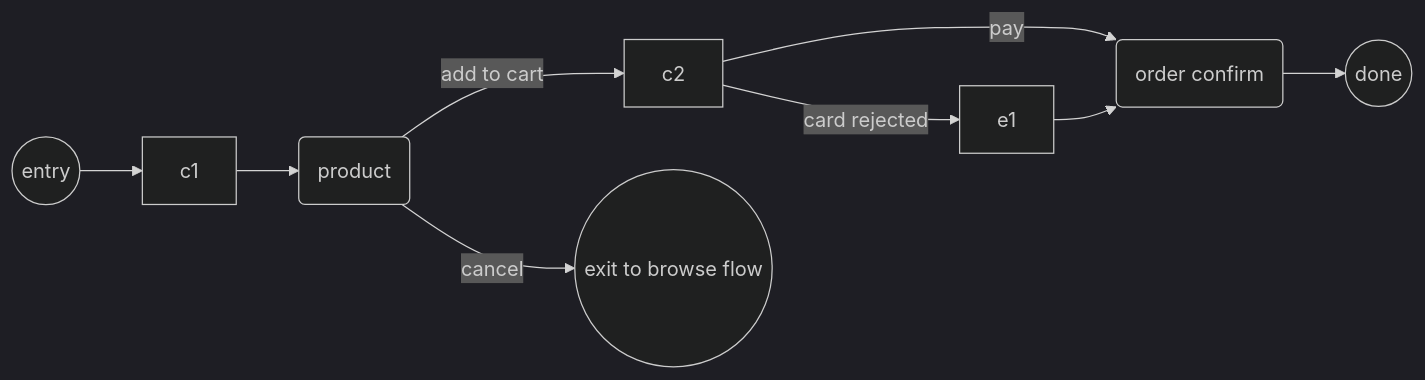
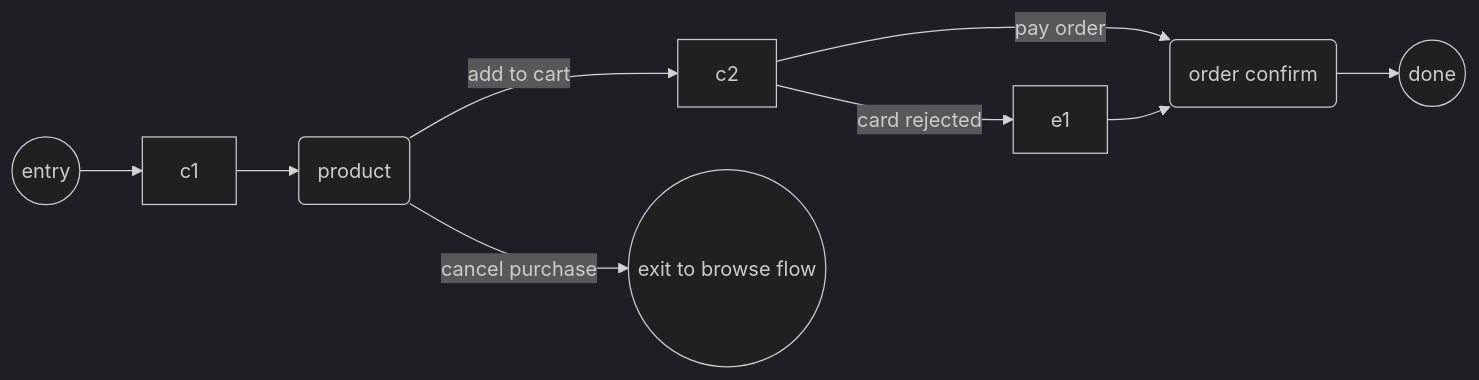
The diagram in skills/product/app-flow/references/flow-model.md (adeonir/agent-skills), drawn with Mermaid (dark theme) before and after one commit. The commit also changed other lines of this file and 6 other files, not shown here.

Commit message:
feat(app-flow): tighten the wireflow notation and refine flows from review comments

````diff
--- a/skills/product/app-flow/references/flow-model.md
+++ b/skills/product/app-flow/references/flow-model.md
@@ -35,6 +35,6 @@
 ```mermaid
 flowchart LR
-    p((entry)) --> c1 --> a1(product) -->|add to cart| c2 -->|pay| a2(order confirm) --> DONE((done))
-    a1 -->|cancel| c0((exit to browse flow))
+    p((entry)) --> c1 --> a1(product) -->|add to cart| c2 -->|pay order| a2(order confirm) --> DONE((done))
+    a1 -->|cancel purchase| c0((exit to browse flow))
     c2 -->|card rejected| e1 --> a2
 ```
````
